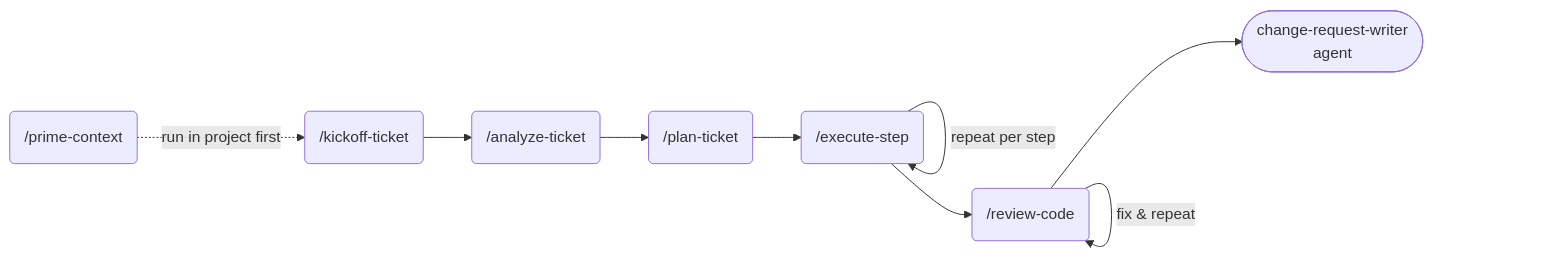
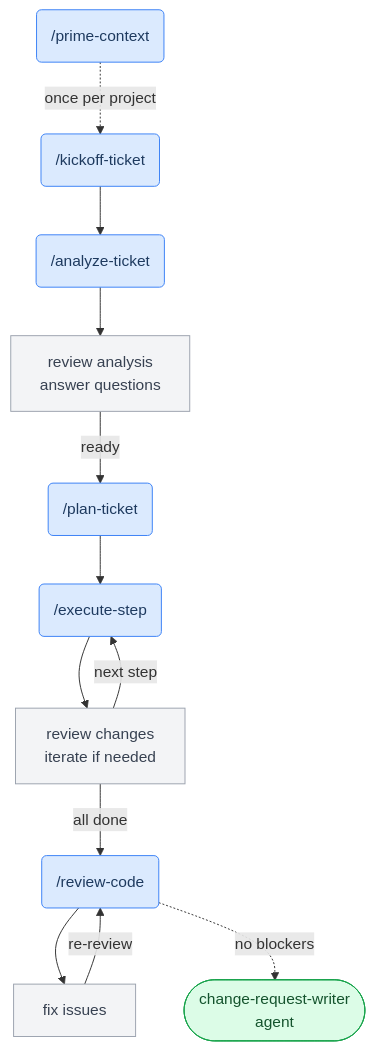
Before and after one commit to kalopilato/dotclaude: the diagram in README.md, drawn with Mermaid.

Commit message:
update workflow chart

````diff
--- a/README.md
+++ b/README.md
@@ -21,19 +21,33 @@
 ```mermaid
-flowchart LR
+flowchart TD
     PC("/prime-context")
     KT("/kickoff-ticket")
     AT("/analyze-ticket")
     PT("/plan-ticket")
     ES("/execute-step")
     RC("/review-code")
     CRW(["change-request-writer\nagent"])
 
-    PC -.->|"run in project first"| KT
+    U1["review analysis\nanswer questions"]
+    U2["review changes\niterate if needed"]
+    U3["fix issues"]
+
+    PC -.->|"once per project"| KT
     KT --> AT
-    AT --> PT
+    AT --> U1
+    U1 -->|"ready"| PT
     PT --> ES
-    ES -->|"repeat per step"| ES
-    ES --> RC
-    RC -->|"fix & repeat"| RC
-    RC --> CRW
+    ES --> U2
+    U2 -->|"next step"| ES
+    U2 -->|"all done"| RC
+    RC --> U3
+    U3 -->|"re-review"| RC
+    RC -.->|"no blockers"| CRW
+
+    classDef cmd fill:#dbeafe,stroke:#3b82f6,color:#1e3a5f
+    classDef user fill:#f3f4f6,stroke:#9ca3af,color:#374151
+    classDef agent fill:#dcfce7,stroke:#16a34a,color:#14532d
+    class PC,KT,AT,PT,ES,RC cmd
+    class U1,U2,U3 user
+    class CRW agent
 ```
````
